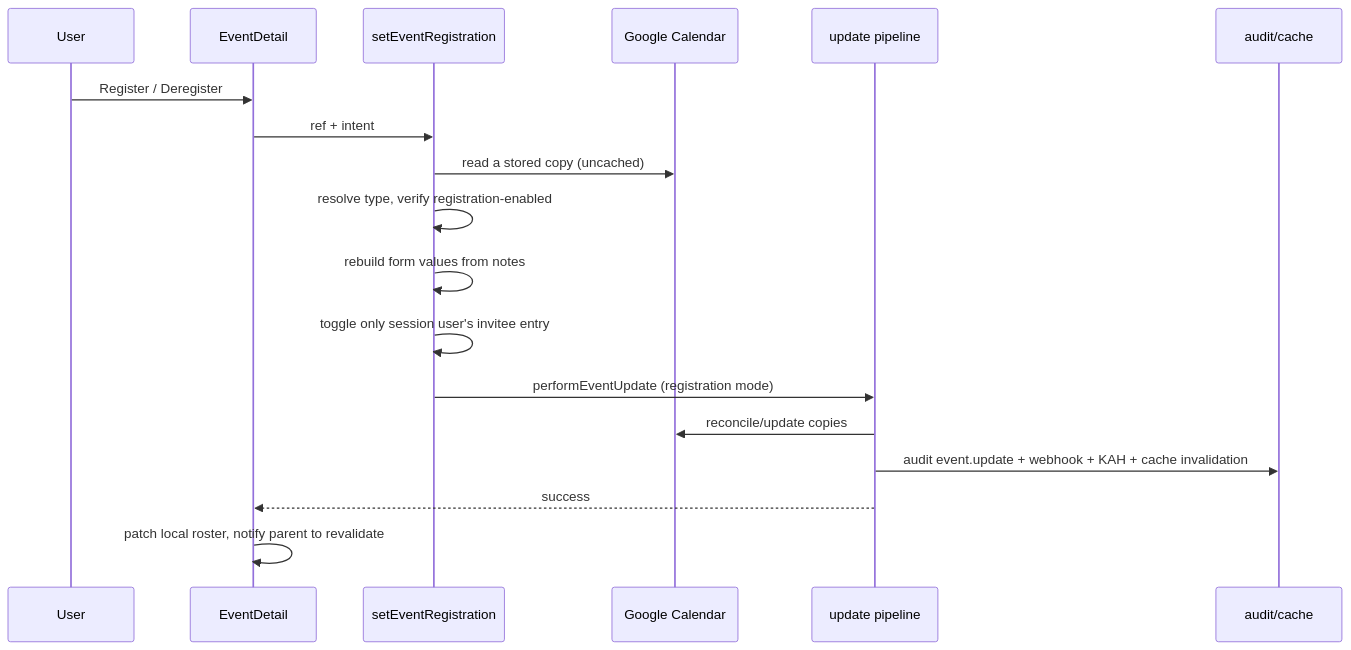
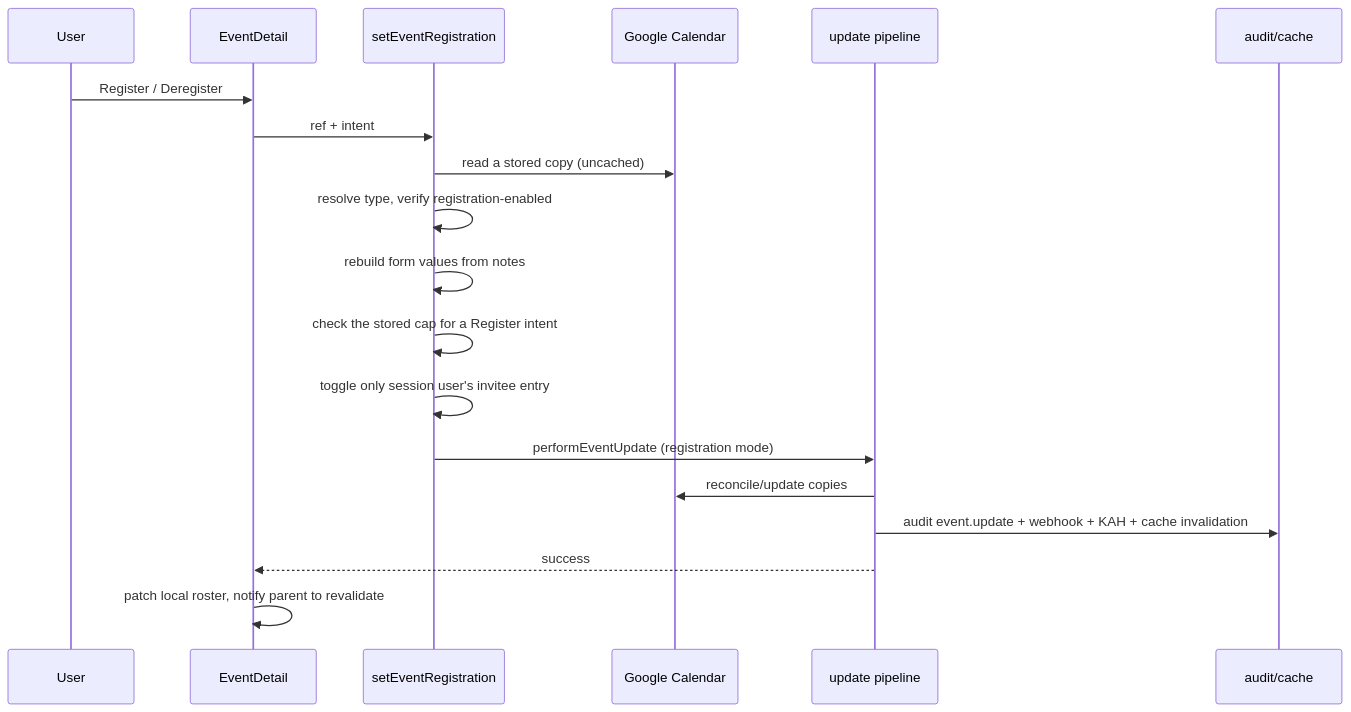
Before and after one commit to oncloudnintynineone-source/cloudy2: the diagram in docs/registration-events.md, drawn with Mermaid. The commit also changed other lines of this file and 36 other files, not shown here.

````diff
--- a/docs/registration-events.md
+++ b/docs/registration-events.md
@@ -76,20 +77,21 @@
 ```mermaid
 sequenceDiagram
   participant U as User
   participant D as EventDetail
   participant A as setEventRegistration
   participant G as Google Calendar
   participant C as update pipeline
   participant L as audit/cache
   U->>D: Register / Deregister
   D->>A: ref + intent
   A->>G: read a stored copy (uncached)
   A->>A: resolve type, verify registration-enabled
   A->>A: rebuild form values from notes
+  A->>A: check the stored cap for a Register intent
   A->>A: toggle only session user's invitee entry
   A->>C: performEventUpdate (registration mode)
   C->>G: reconcile/update copies
   C->>L: audit event.update + webhook + KAH + cache invalidation
   C-->>D: success
   D->>D: patch local roster, notify parent to revalidate
 ```
````
